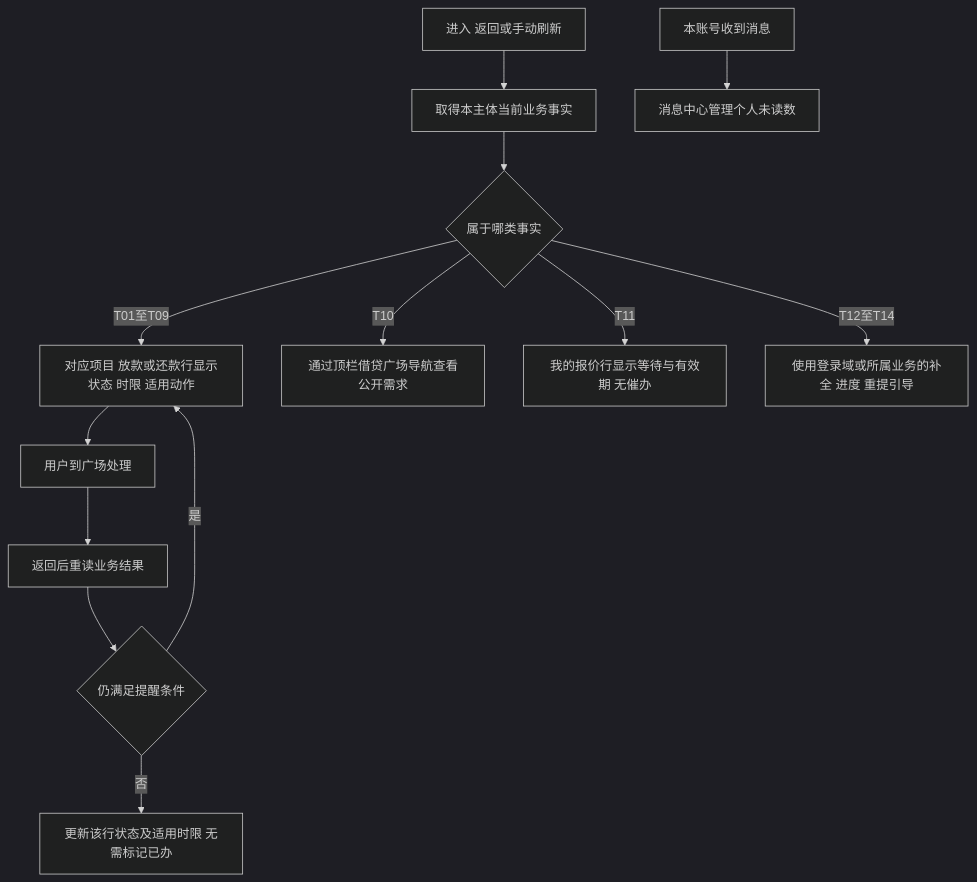
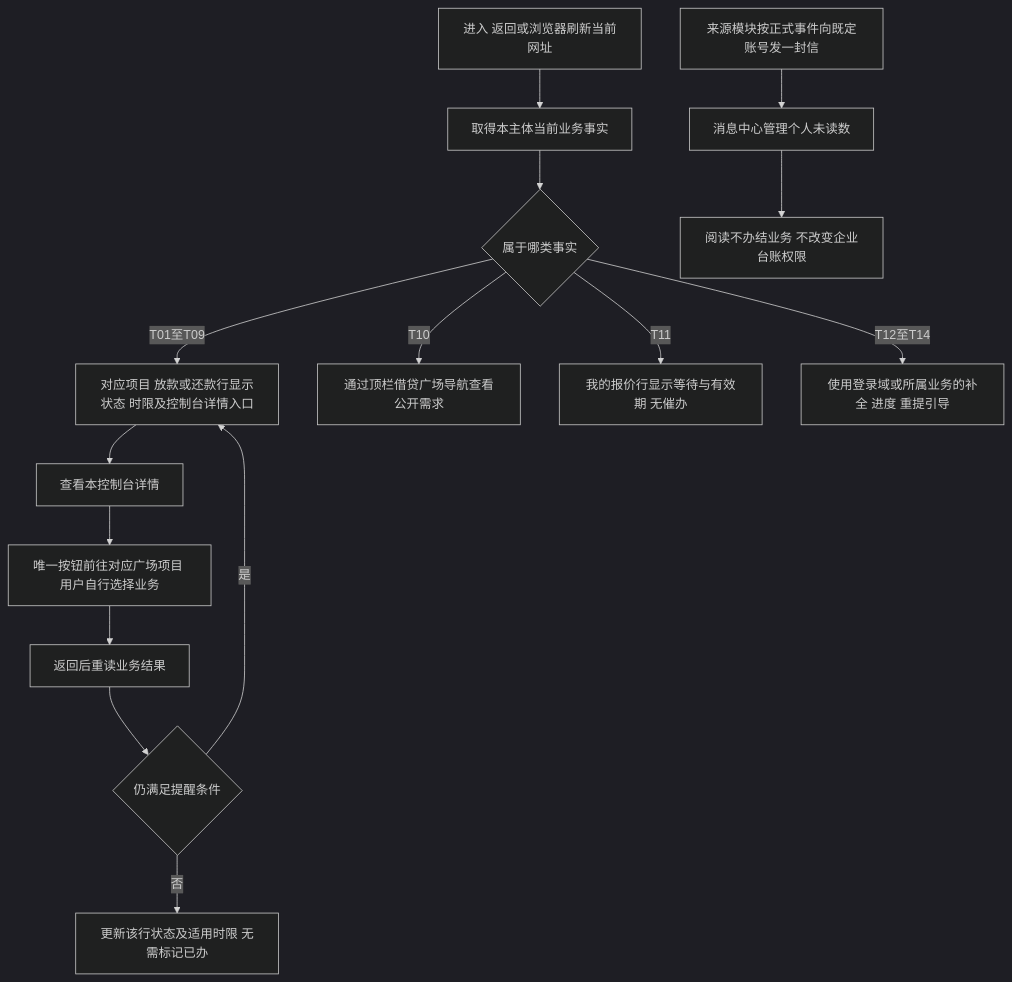
Before and after one commit to wxblockchain/Chain-Financing: the third of 11 diagrams in lending-platform/PRD/v1.0-我的控制台/v1.0-我的控制台-流程图与状态机.md, drawn with Mermaid (dark theme). The commit also changed other lines of this file and 2 other files, not shown here.

````diff
--- a/lending-platform/PRD/v1.0-我的控制台/v1.0-我的控制台-流程图与状态机.md
+++ b/lending-platform/PRD/v1.0-我的控制台/v1.0-我的控制台-流程图与状态机.md
@@ -84,15 +85,17 @@
 ```mermaid
 flowchart TD
-  A[进入 返回或手动刷新] --> B[取得本主体当前业务事实]
+  A[进入 返回或浏览器刷新当前网址] --> B[取得本主体当前业务事实]
   B --> C{属于哪类事实}
-  C -- T01至T09 --> D[对应项目 放款或还款行显示状态 时限 适用动作]
+  C -- T01至T09 --> D[对应项目 放款或还款行显示状态 时限及控制台详情入口]
   C -- T10 --> E[通过顶栏借贷广场导航查看公开需求]
   C -- T11 --> F[我的报价行显示等待与有效期 无催办]
   C -- T12至T14 --> G[使用登录域或所属业务的补全 进度 重提引导]
-  D --> H[用户到广场处理]
+  D --> V[查看本控制台详情]
+  V --> H[唯一按钮前往对应广场项目 用户自行选择业务]
   H --> I[返回后重读业务结果]
   I --> J{仍满足提醒条件}
   J -- 是 --> D
   J -- 否 --> K[更新该行状态及适用时限 无需标记已办]
-  L[本账号收到消息] --> M[消息中心管理个人未读数]
+  L[来源模块按正式事件向既定账号发一封信] --> M[消息中心管理个人未读数]
+  M --> N[阅读不办结业务 不改变企业台账权限]
 ```
````
